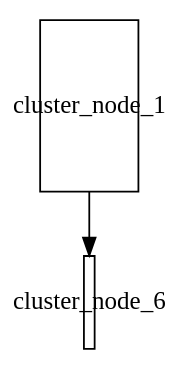
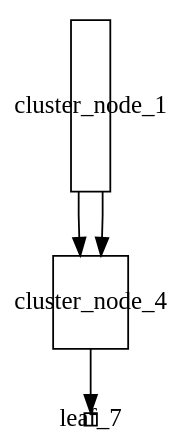
Before and after one commit to stefanrinderle/SoftViz3D: the diagram in x3d/temp.dot, drawn with Graphviz. The commit also changed 2 other files, not shown here.

```diff
--- a/x3d/temp.dot
+++ b/x3d/temp.dot
@@ -1,5 +1,8 @@
 digraph G {
- cluster_node_1 [shape="rectangle" width="0.763888888889", height="1.33333333333", fixedsize=true, type="node"];
- cluster_node_6 [shape="rectangle" width="0.0833333333333", height="0.722222222222", fixedsize=true, type="node"];
- cluster_node_1 ->  cluster_node_6;
+ cluster_node_1 [shape="rectangle" width="0.305555555556", height="1.33333333333", fixedsize=true, type="node"];
+ cluster_node_4 [shape="rectangle" width="0.578569444444", height="0.722222222222", fixedsize=true, type="node"];
+leaf_7 [shape="rectangle" width="0.1", height="0.1", fixedsize=true, type="leaf"];
+ cluster_node_4 -> leaf_7;
+ cluster_node_1 ->  cluster_node_4;
+ cluster_node_1 ->  cluster_node_4;
 }
```
